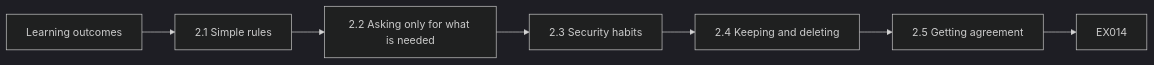
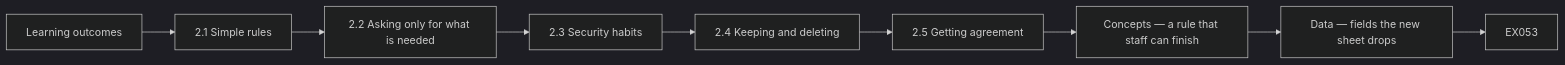
Before and after one commit to hiagokinlevi/CyKin: the fifth of 12 diagrams in levels/rapid-1-month/data-governance/en/book/MANUSCRIPT.md, drawn with Mermaid (dark theme). The commit also changed other lines of this file and 1 other file, not shown here.

First line of the commit message:
Deepen the rapid data-governance lessons in English and Portuguese.

````diff
--- a/levels/rapid-1-month/data-governance/en/book/MANUSCRIPT.md
+++ b/levels/rapid-1-month/data-governance/en/book/MANUSCRIPT.md
@@ -177,10 +240,12 @@
 ```mermaid
 flowchart LR
   N0["Learning outcomes"]
   N1["2.1 Simple rules"]
   N2["2.2 Asking only for what is needed"]
   N3["2.3 Security habits"]
   N4["2.4 Keeping and deleting"]
   N5["2.5 Getting agreement"]
-  N0 --> N1 --> N2 --> N3 --> N4 --> N5 --> Q["EX014"]
+  N6["Concepts — a rule that staff can finish"]
+  N7["Data — fields the new sheet drops"]
+  N0 --> N1 --> N2 --> N3 --> N4 --> N5 --> N6 --> N7 --> Q["EX053"]
 ```
````
